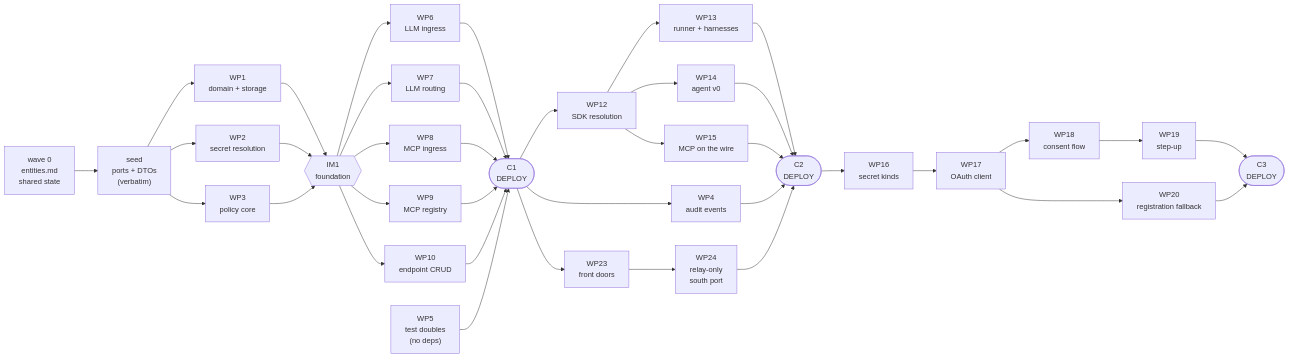
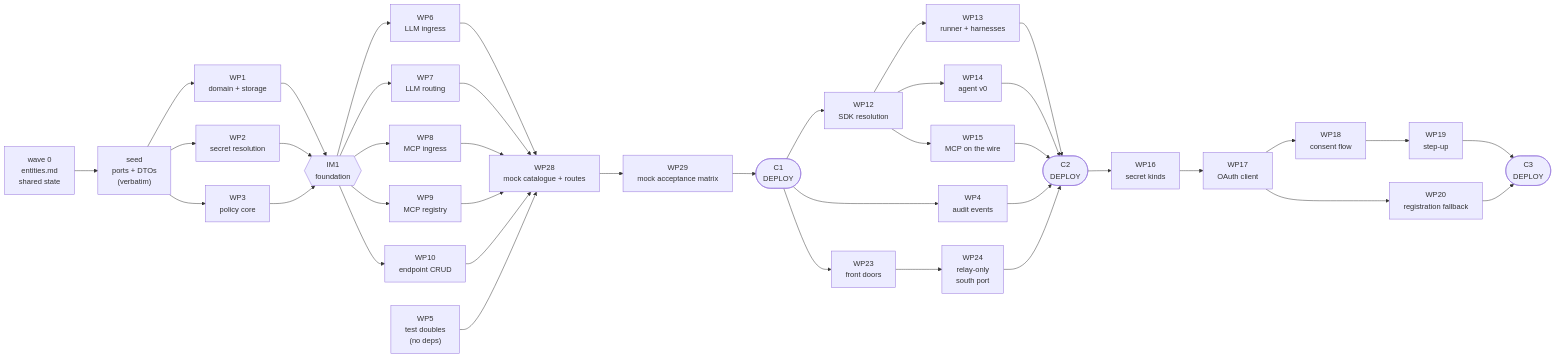
One commit to Agenta-AI/agenta changed the diagram in docs/design/gateways-research/v1/plan.md. Above: the diagram before and after it, drawn with Mermaid. The commit also changed other lines of this file and 10 other files, not shown here.

Commit message:
[docs] Define gateway mock matrix work packages

````diff
--- a/docs/design/gateways-research/v1/plan.md
+++ b/docs/design/gateways-research/v1/plan.md
@@ -102,29 +105,31 @@
 ```mermaid
 flowchart LR
     W0["wave 0<br/>entities.md<br/>shared state"] --> S["seed<br/>ports + DTOs<br/>(verbatim)"]
     S --> WP1["WP1<br/>domain + storage"]
     S --> WP2["WP2<br/>secret resolution"]
     S --> WP3["WP3<br/>policy core"]
     WP5["WP5<br/>test doubles<br/>(no deps)"]
     WP1 & WP2 & WP3 --> IM1{{"IM1<br/>foundation"}}
     IM1 --> WP6["WP6<br/>LLM ingress"]
     IM1 --> WP7["WP7<br/>LLM routing"]
     IM1 --> WP8["WP8<br/>MCP ingress"]
     IM1 --> WP9["WP9<br/>MCP registry"]
     IM1 --> WP10["WP10<br/>endpoint CRUD"]
-    WP6 & WP7 & WP8 & WP9 & WP10 & WP5 --> CA(["C1<br/>DEPLOY"])
+    WP6 & WP7 & WP8 & WP9 & WP10 & WP5 --> WP28["WP28<br/>mock catalogue + routes"]
+    WP28 --> WP29["WP29<br/>mock acceptance matrix"]
+    WP29 --> CA(["C1<br/>DEPLOY"])
     CA --> WP12["WP12<br/>SDK resolution"]
     CA --> WP4["WP4<br/>audit events"]
     WP12 --> WP13["WP13<br/>runner + harnesses"]
     WP12 --> WP14["WP14<br/>agent v0"]
     WP12 --> WP15["WP15<br/>MCP on the wire"]
     CA --> WP23["WP23<br/>front doors"]
     WP23 --> WP24["WP24<br/>relay-only<br/>south port"]
     WP13 & WP14 & WP15 & WP4 & WP24 --> CB(["C2<br/>DEPLOY"])
     CB --> WP16["WP16<br/>secret kinds"]
     WP16 --> WP17["WP17<br/>OAuth client"]
     WP17 --> WP18["WP18<br/>consent flow"]
     WP17 --> WP20["WP20<br/>registration fallback"]
     WP18 --> WP19["WP19<br/>step-up"]
     WP19 & WP20 --> CC(["C3<br/>DEPLOY"])
 ```
````
